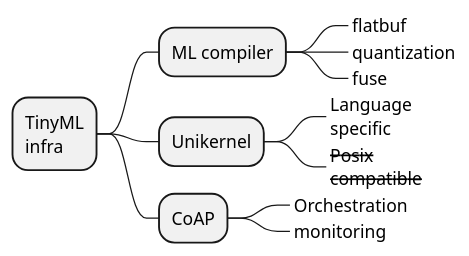
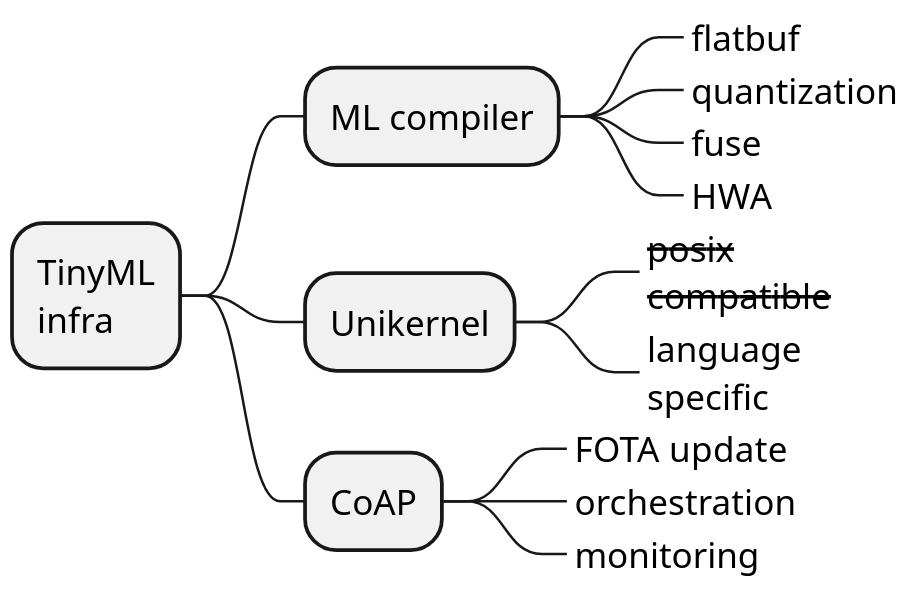
One commit to doyu/elc2019 changed the diagram in tinyml-infra.puml. Above: the diagram before and after it, drawn with PlantUML. The commit also changed 6 other files, not shown here.

```diff
--- a/tinyml-infra.puml
+++ b/tinyml-infra.puml
@@ -1,13 +1,16 @@
 @startmindmap
+scale 2.0
 * TinyML\ninfra
 ** ML compiler
 ***_ flatbuf
 ***_ quantization
 ***_ fuse
+***_ HWA
 ** Unikernel
-***_ Language\nspecific
-***_ <s>Posix</s>\n<s>compatible</s>
+***_ <s>posix</s>\n<s>compatible</s>
+***_ language\nspecific
 ** CoAP
-***_ Orchestration
+***_ FOTA update
+***_ orchestration
 ***_ monitoring
 @endmindmap
```
